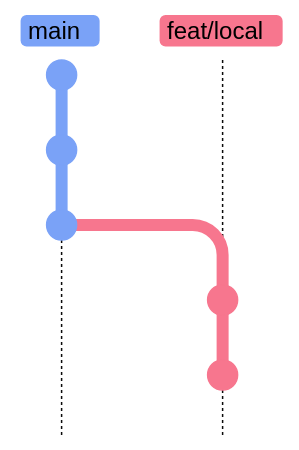
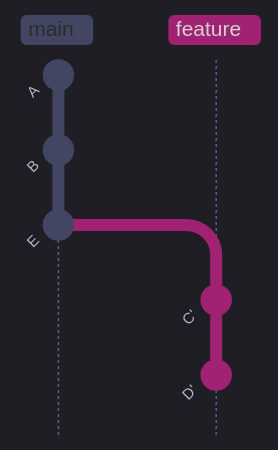
One commit to alp78/elysium changed the sixth of 13 diagrams in content/08-Git/02-git-daily-workflow.md. Above: the diagram before and after it, drawn with Mermaid. The commit also changed other lines of this file and 29 other files, not shown here.

````diff
--- a/content/08-Git/02-git-daily-workflow.md
+++ b/content/08-Git/02-git-daily-workflow.md
@@ -372,10 +752,21 @@
 ```mermaid
-%%{init: {'theme': 'base', 'themeVariables': {'git0': '#7aa2f7', 'git1': '#f7768e', 'git2': '#9ece6a', 'git3': '#e0af68', 'git4': '#bb9af7', 'gitBranchLabel0': '#000000', 'gitBranchLabel1': '#000000', 'gitBranchLabel2': '#000000', 'gitBranchLabel3': '#000000', 'commitLabelColor': '#ffffff', 'commitLabelBackground': 'transparent', 'commitLabelFontSize': '14px', 'tagLabelColor': '#000000', 'tagLabelBackground': '#c0caf5'}, 'gitGraph': {'mainBranchName': 'main'}} }%%
+%%{init: {'theme': 'dark', 'themeVariables': {
+  'primaryColor': '#292e42',
+  'primaryTextColor': '#c0caf5',
+  'primaryBorderColor': '#565f89',
+  'lineColor': '#565f89',
+  'secondaryColor': '#1a1b26',
+  'tertiaryColor': '#24283b',
+  'noteTextColor': '#c0caf5',
+  'noteBkgColor': '#292e42',
+  'textColor': '#c0caf5',
+  'fontSize': '14px'
+}, 'gitGraph': {'mainBranchName': 'main'}}}%%
 gitGraph TB:
   commit id: "A"
   commit id: "B"
   commit id: "E"
-  branch feat/local
+  branch feature
   commit id: "C'"
   commit id: "D'"
 ```
````
